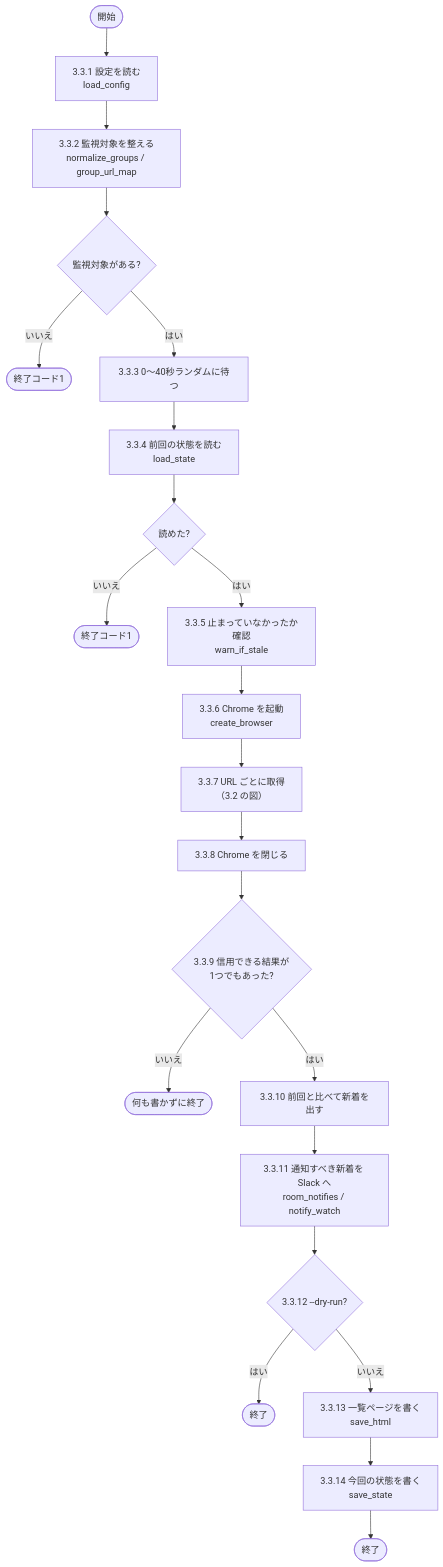
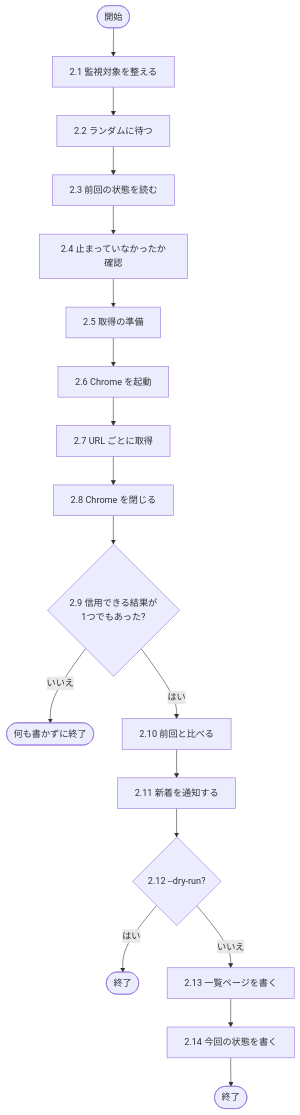
Before and after one commit to tama-create/ur-monitor: the first of 2 diagrams in FLOW.md, drawn with Mermaid. The commit also changed other lines of this file and 6 other files, not shown here.

First line of the commit message:
資料の役割を分け、FLOW.md をコードと番号で対応させる

````diff
--- a/FLOW.md
+++ b/FLOW.md
@@ -39,24 +32,20 @@
 ```mermaid
 flowchart TD
-    A([開始]) --> B["3.3.1 設定を読む<br>load_config"]
-    B --> C["3.3.2 監視対象を整える<br>normalize_groups / group_url_map"]
-    C --> C2{監視対象がある?}
-    C2 -- いいえ --> X1([終了コード1])
-    C2 -- はい --> D["3.3.3 0〜40秒ランダムに待つ"]
-    D --> E["3.3.4 前回の状態を読む<br>load_state"]
-    E --> E2{読めた?}
-    E2 -- いいえ --> X2([終了コード1])
-    E2 -- はい --> F["3.3.5 止まっていなかったか確認<br>warn_if_stale"]
-    F --> G["3.3.6 Chrome を起動<br>create_browser"]
-    G --> H["3.3.7 URL ごとに取得<br>（3.2 の図）"]
-    H --> I["3.3.8 Chrome を閉じる"]
-    I --> J{"3.3.9 信用できる結果が<br>1つでもあった?"}
+    A([開始]) --> B["2.1 監視対象を整える"]
+    B --> C["2.2 ランダムに待つ"]
+    C --> D["2.3 前回の状態を読む"]
+    D --> E["2.4 止まっていなかったか確認"]
+    E --> F["2.5 取得の準備"]
+    F --> G["2.6 Chrome を起動"]
+    G --> H["2.7 URL ごとに取得"]
+    H --> I["2.8 Chrome を閉じる"]
+    I --> J{"2.9 信用できる結果が<br>1つでもあった?"}
     J -- いいえ --> Y([何も書かずに終了])
-    J -- はい --> K["3.3.10 前回と比べて新着を出す"]
-    K --> L["3.3.11 通知すべき新着を Slack へ<br>room_notifies / notify_watch"]
-    L --> M{"3.3.12 --dry-run?"}
+    J -- はい --> K["2.10 前回と比べる"]
+    K --> L["2.11 新着を通知する"]
+    L --> M{"2.12 --dry-run?"}
     M -- はい --> Z([終了])
-    M -- いいえ --> N["3.3.13 一覧ページを書く<br>save_html"]
-    N --> O["3.3.14 今回の状態を書く<br>save_state"]
+    M -- いいえ --> N["2.13 一覧ページを書く"]
+    N --> O["2.14 今回の状態を書く"]
     O --> Z2([終了])
 ```
````
